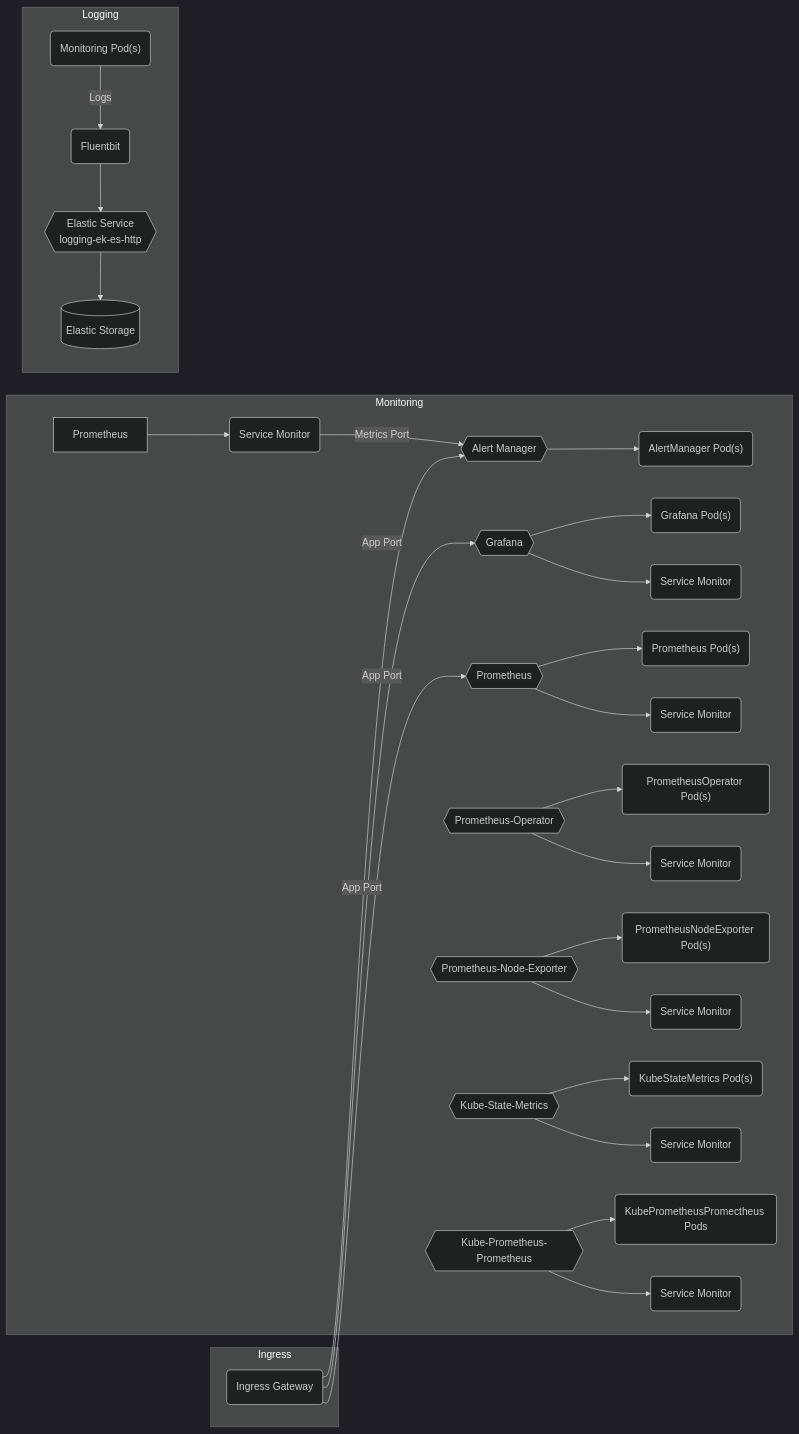
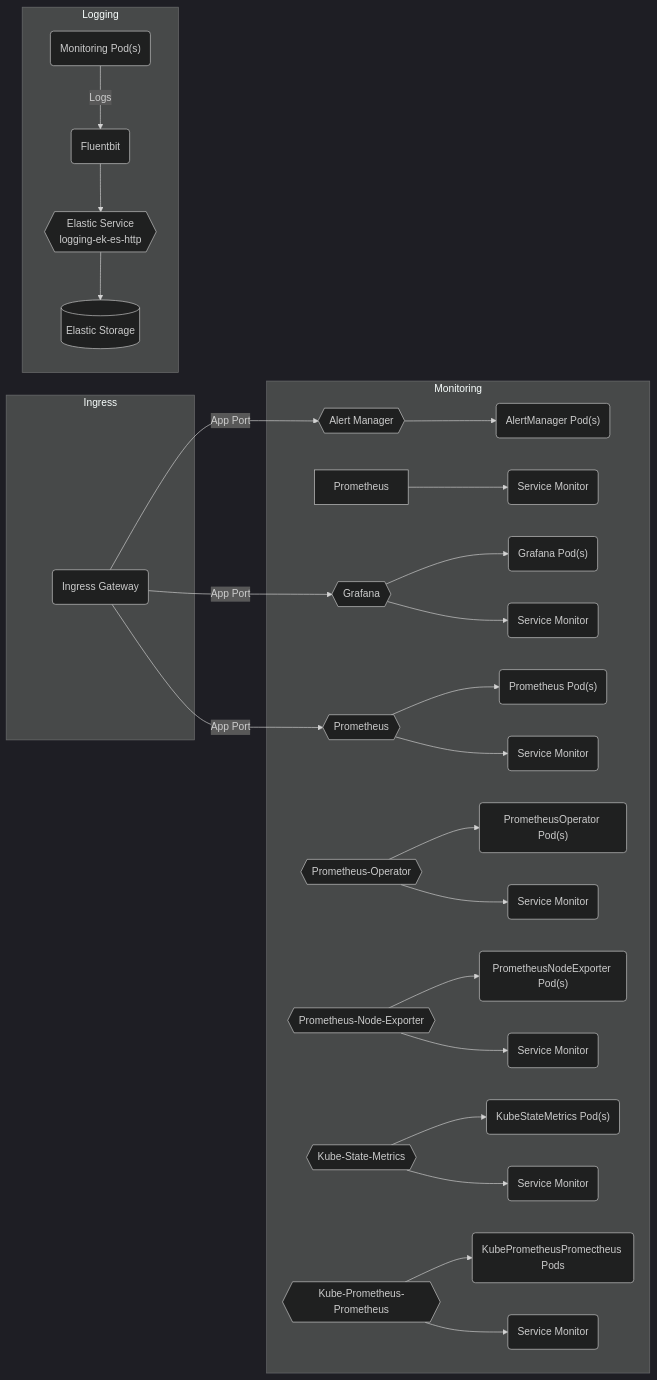
The diagram in charter/packages/monitoring/Architecture.md (sbko/bigbang), drawn with Mermaid (dark theme) before and after one commit.

Commit message:
monitoring architecture

````diff
--- a/charter/packages/monitoring/Architecture.md
+++ b/charter/packages/monitoring/Architecture.md
@@ -12,35 +12,35 @@
  ```mermaid
 graph LR
   subgraph "Monitoring"
     alertmanager{{Alert Manager}} --> alertmanagerpods("AlertManager Pod(s)")
-    alertsvcmonitor("Service Monitor") --"Metrics Port"--> alertmanager
+    
     Prometheus --> alertsvcmonitor("Service Monitor")
     grafana{{Grafana}} --> grafanapods("Grafana  Pod(s)")
     grafana{{Grafana}} --> grafanasvcmonitor("Service Monitor")
     prometheus{{Prometheus}} --> prometheuspods("Prometheus Pod(s)")
     prometheus{{Prometheus}} --> prometheussvcmonitor("Service Monitor")
     prometheus-operator{{Prometheus-Operator}} --> prometheusoperatorpods("PrometheusOperator Pod(s)")
     prometheus-operator{{Prometheus-Operator}} --> prometheusoperatorsvcmonitor("Service Monitor")
     prometheus-node-exporter{{Prometheus-Node-Exporter}} --> prometheusnodeexporterpods("PrometheusNodeExporter Pod(s)")
     prometheus-node-exporter{{Prometheus-Node-Exporter}} --> prometheusnodeexportersvcmonitor("Service Monitor")
     kube-state-metrics{{Kube-State-Metrics}} --> kubestatemetricspods("KubeStateMetrics Pod(s)")
     kube-state-metrics{{Kube-State-Metrics}} --> kubestatemetricssvcmonitor("Service Monitor")
     kube-prometheus-prometheus{{Kube-Prometheus-Prometheus}} --> kubeprometheusprometheuspod("KubePrometheusPromectheus Pods")
    kube-prometheus-prometheus{{Kube-Prometheus-Prometheus}} --> kubeprometheusprometheussvcmonitor("Service Monitor")
 
   end      
 
   subgraph "Ingress"
     ig(Ingress Gateway) --"App Port"--> alertmanager
     ig(Ingress Gateway) --"App Port"--> grafana
      ig(Ingress Gateway) --"App Port"--> prometheus
      
   end
 
 
   subgraph "Logging"
     monitoringpods("Monitoring Pod(s)") --"Logs"--> fluent(Fluentbit) --> logging-ek-es-http
     logging-ek-es-http{{Elastic Service<br />logging-ek-es-http}} --> elastic[(Elastic Storage)]
   end
   
 ```   
````
